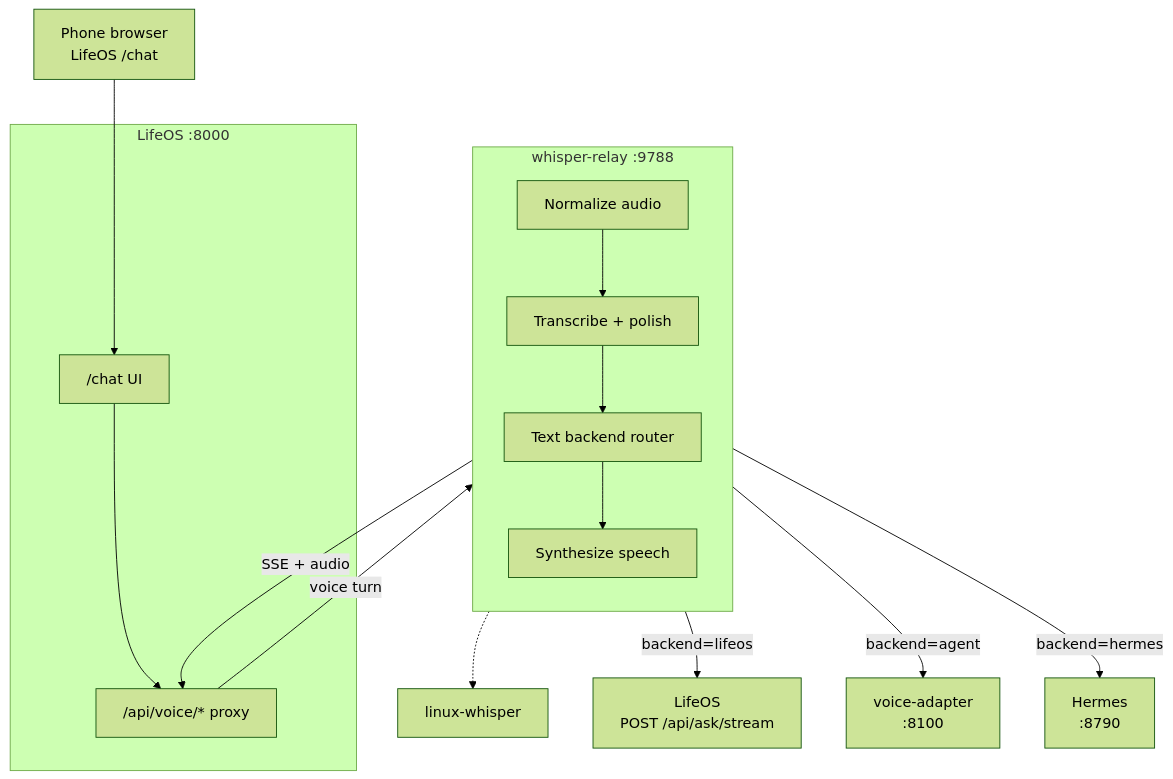
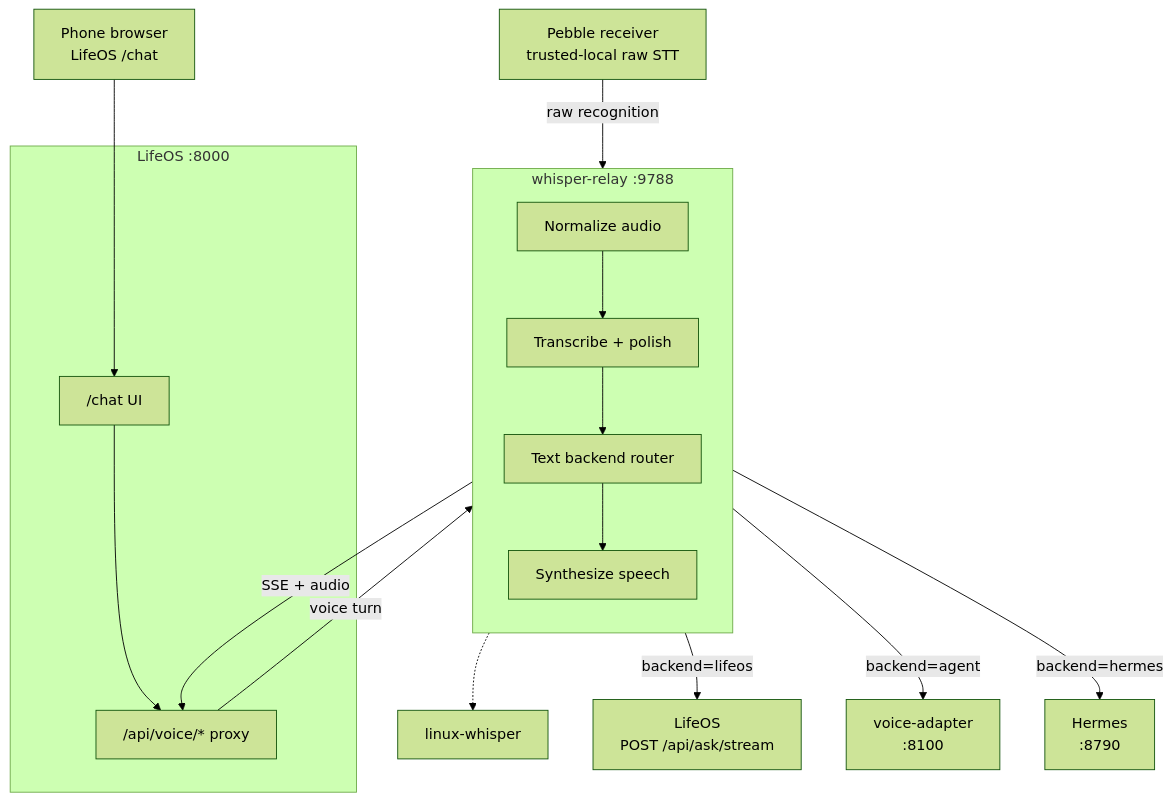
One commit to nbramia/whisper-relay changed the diagram in README.md. Above: the diagram before and after it, drawn with Mermaid (forest theme). The commit also changed other lines of this file and 21 other files, not shown here.

First line of the commit message:
feat: expose bounded trusted-local raw STT (#54)

````diff
--- a/README.md
+++ b/README.md
@@ -20,32 +20,34 @@
 ```mermaid
 flowchart TB
   phone["Phone browser<br/>LifeOS /chat"]
 
   subgraph lifeos["LifeOS :8000"]
     chat["/chat UI"]
     proxy["/api/voice/* proxy"]
     chat --> proxy
   end
 
   subgraph relay["whisper-relay :9788"]
     direction TB
     norm["Normalize audio"]
     stt["Transcribe + polish"]
     router["Text backend router"]
     tts["Synthesize speech"]
     norm --> stt --> router --> tts
   end
 
   lw["linux-whisper"]
+  pebble["Pebble receiver\ntrusted-local raw STT"]
   orch["LifeOS<br/>POST /api/ask/stream"]
   agent["voice-adapter<br/>:8100"]
   hermes["Hermes<br/>:8790"]
 
   phone --> chat
   proxy -->|"voice turn"| norm
+  pebble -->|"raw recognition"| norm
   tts -->|"SSE + audio"| proxy
   stt -.-> lw
   router -->|"backend=lifeos"| orch
   router -->|"backend=agent"| agent
   router -->|"backend=hermes"| hermes
 ```
````
